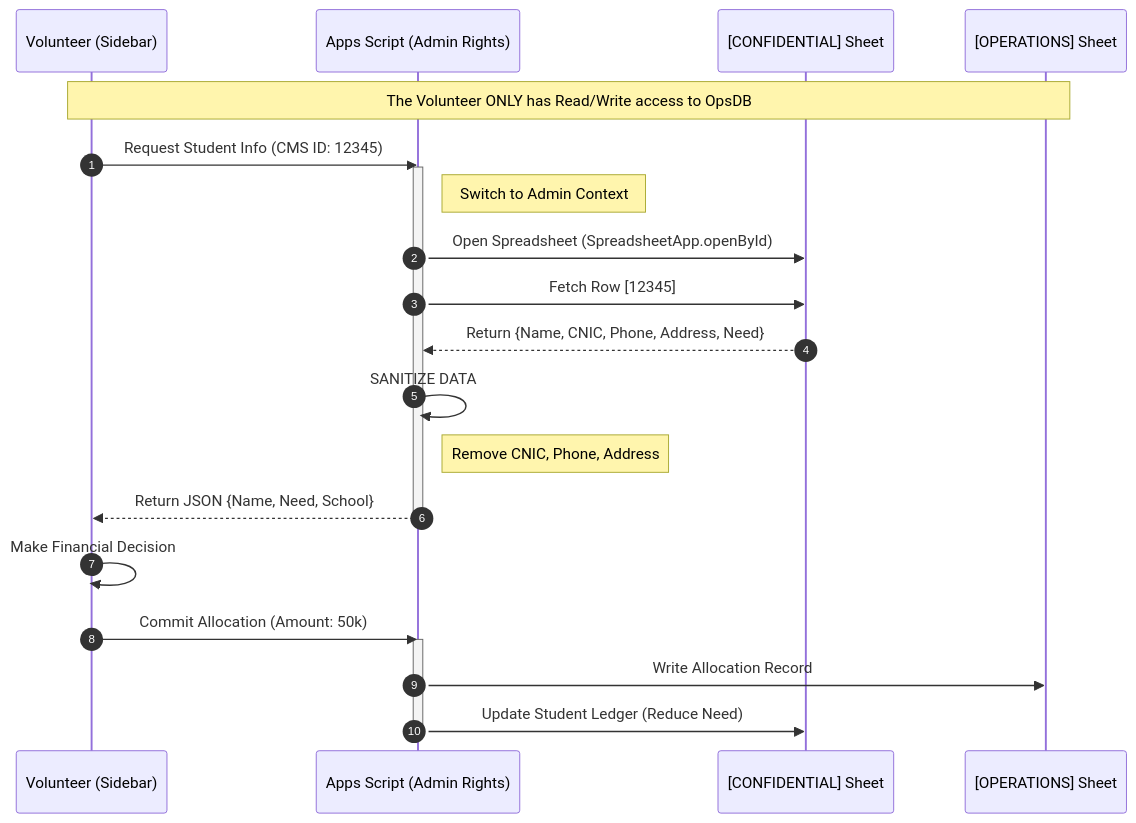
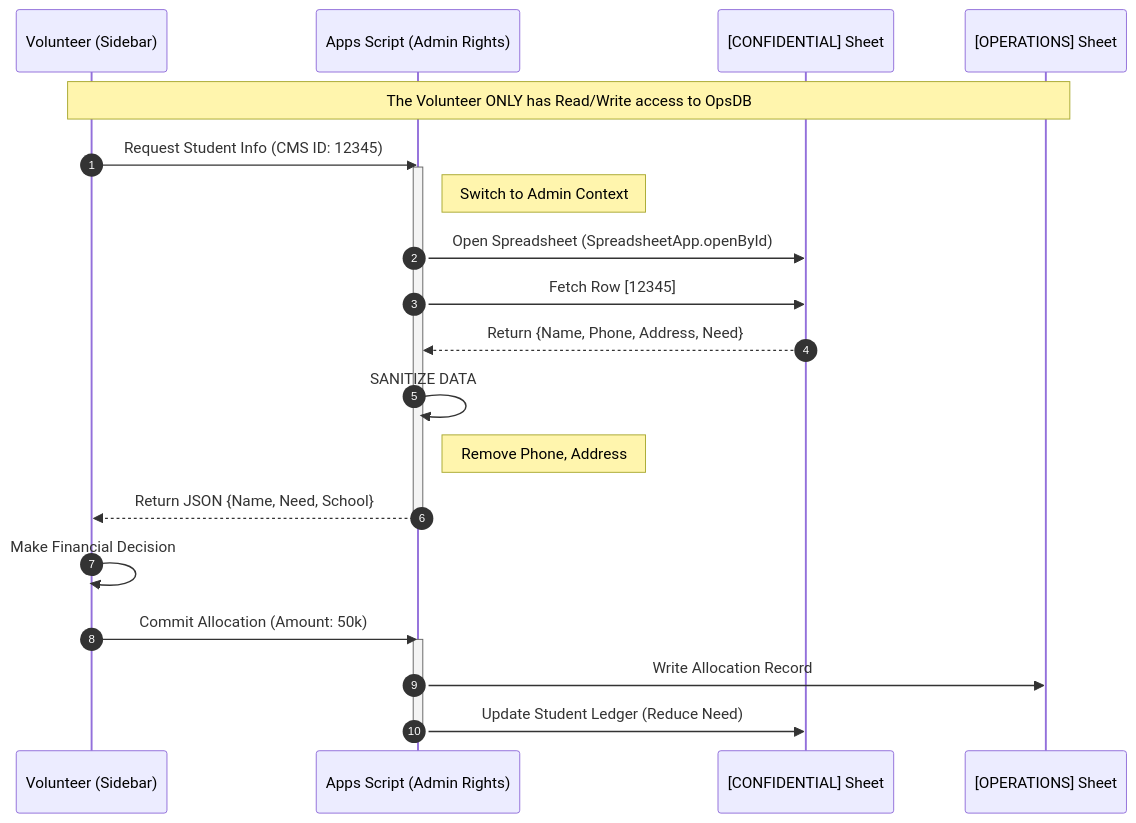
The second of 3 diagrams in docs/ARCHITECTURE.md (ahuraira/nust-lifeline-automation), drawn with Mermaid before and after one commit. The commit also changed other lines of this file and 4 other files, not shown here.

Commit message:
feat: Upgrade LLM to Gemini 3, add extensive architectural and AI watchdog documentation, and refine PII handling.

````diff
--- a/docs/ARCHITECTURE.md
+++ b/docs/ARCHITECTURE.md
@@ -59,32 +59,32 @@
 ```mermaid
 sequenceDiagram
     autonumber
     participant Vol as Volunteer (Sidebar)
     participant Server as Apps Script (Admin Rights)
     participant SecureDB as [CONFIDENTIAL] Sheet
     participant OpsDB as [OPERATIONS] Sheet
 
     Note over Vol, OpsDB: The Volunteer ONLY has Read/Write access to OpsDB
     
     Vol->>Server: Request Student Info (CMS ID: 12345)
     
     activate Server
     Note right of Server: Switch to Admin Context
     Server->>SecureDB: Open Spreadsheet (SpreadsheetApp.openById)
     Server->>SecureDB: Fetch Row [12345]
-    SecureDB-->>Server: Return {Name, CNIC, Phone, Address, Need}
+    SecureDB-->>Server: Return {Name, Phone, Address, Need}
     
     Server->>Server: SANITIZE DATA
-    Note right of Server: Remove CNIC, Phone, Address
+    Note right of Server: Remove Phone, Address
     
     Server-->>Vol: Return JSON {Name, Need, School}
     deactivate Server
     
     Vol->>Vol: Make Financial Decision
     Vol->>Server: Commit Allocation (Amount: 50k)
     
     activate Server
     Server->>OpsDB: Write Allocation Record
     Server->>SecureDB: Update Student Ledger (Reduce Need)
     deactivate Server
 ```
````
